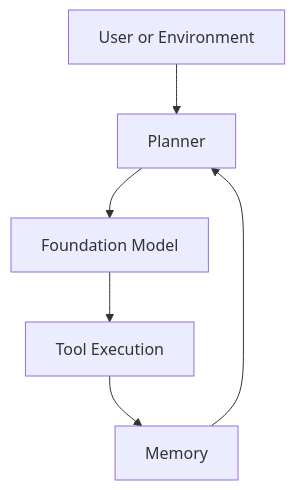
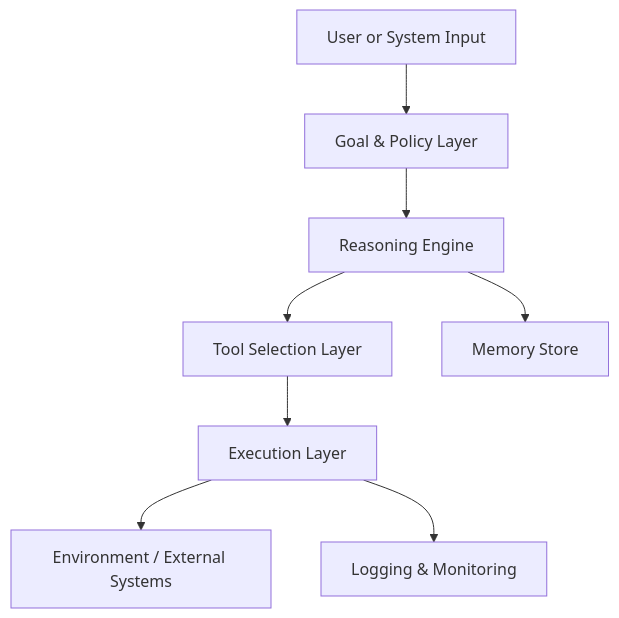
One commit to m-rizqinovniari/agentic-handbook changed the first of 4 diagrams in docusaurus/docs/part-4/chapter-15.md. Above: the diagram before and after it, drawn with Mermaid. The commit also changed other lines of this file and 19 other files, not shown here.

````diff
--- a/docusaurus/docs/part-4/chapter-15.md
+++ b/docusaurus/docs/part-4/chapter-15.md
@@ -136,8 +100,10 @@
 ```mermaid
 flowchart TD
-    U[User or Environment] --> P[Planner]
-    P --> FM[Foundation Model]
-    FM --> T[Tool Execution]
-    T --> M[Memory]
-    M --> P
+    A[User or System Input] --> B[Goal & Policy Layer]
+    B --> C[Reasoning Engine]
+    C --> D[Tool Selection Layer]
+    D --> E[Execution Layer]
+    E --> F[Environment / External Systems]
+    C --> G[Memory Store]
+    E --> H[Logging & Monitoring]
 ```
````
